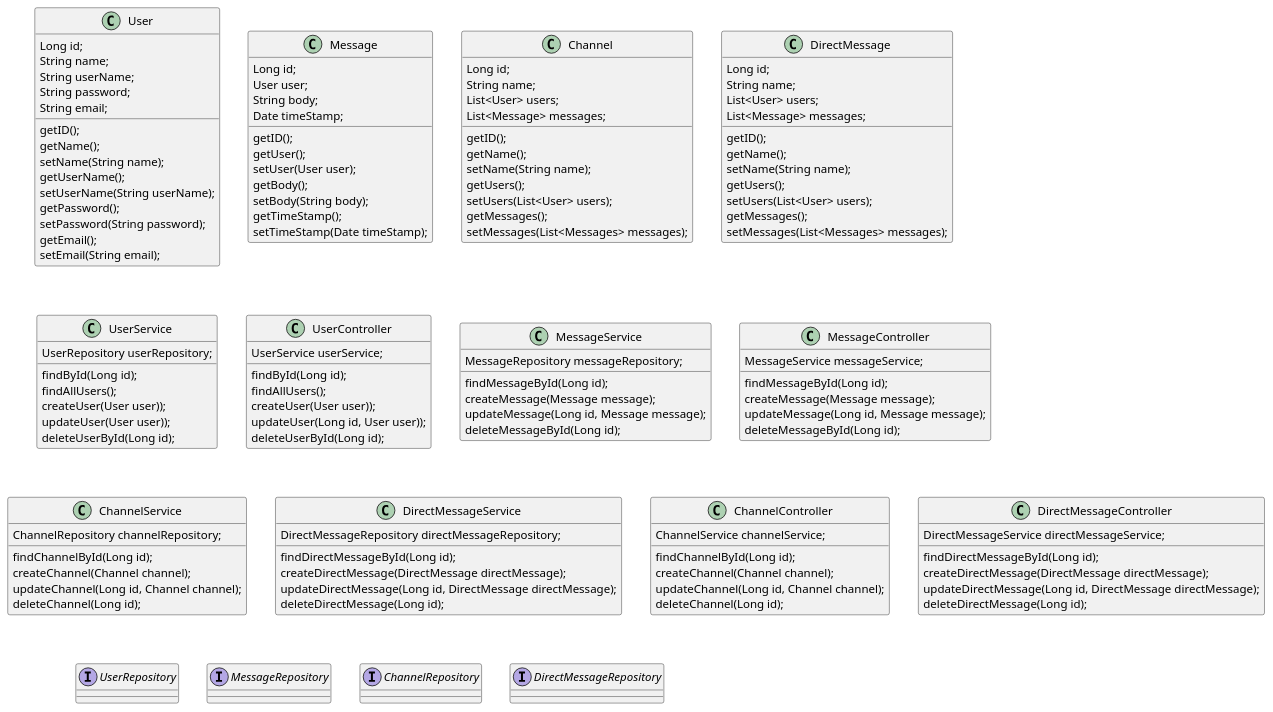
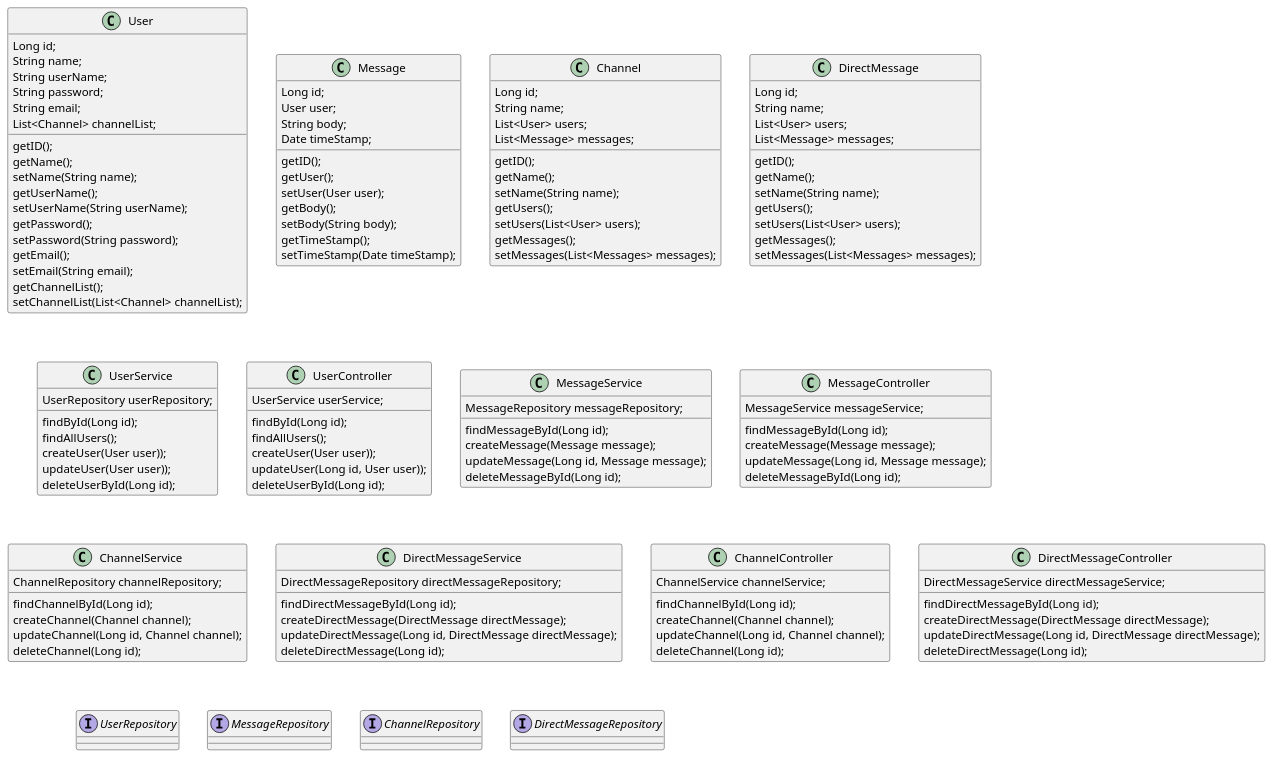
One commit to xyuan04/FullStack.MicroWebApplication-Server changed the diagram in chatBotUML.puml. Above: the diagram before and after it, drawn with PlantUML.

Commit message:
added channelList to User to track channels

```diff
--- a/chatBotUML.puml
+++ b/chatBotUML.puml
@@ -1,143 +1,146 @@
 @startuml
 class User {
 Long id;
 String name;
 String userName;
 String password;
 String email;
+List<Channel> channelList;
 
 getID();
 getName();
 setName(String name);
 getUserName();
 setUserName(String userName);
 getPassword();
 setPassword(String password);
 getEmail();
 setEmail(String email);
+getChannelList();
+setChannelList(List<Channel> channelList);
 }
 
 class Message {
 Long id;
 User user;
 String body;
 Date timeStamp;
 
 getID();
 getUser();
 setUser(User user);
 getBody();
 setBody(String body);
 getTimeStamp();
 setTimeStamp(Date timeStamp);
 }
 
 class Channel {
 Long id;
 String name;
 List<User> users;
 List<Message> messages;
 
 getID();
 getName();
 setName(String name);
 getUsers();
 setUsers(List<User> users);
 getMessages();
 setMessages(List<Messages> messages);
 }
 
 class DirectMessage {
 Long id;
 String name;
 List<User> users;
 List<Message> messages;
 
 getID();
 getName();
 setName(String name);
 getUsers();
 setUsers(List<User> users);
 getMessages();
 setMessages(List<Messages> messages);
 }
 
 class UserService {
 UserRepository userRepository;
 
 findById(Long id);
 findAllUsers();
 createUser(User user));
 updateUser(User user));
 deleteUserById(Long id);
 }
 
 class UserController {
 UserService userService;
 
 findById(Long id);
 findAllUsers();
 createUser(User user));
 updateUser(Long id, User user));
 deleteUserById(Long id);
 }
 
 class MessageService {
 MessageRepository messageRepository;
 
 findMessageById(Long id);
 createMessage(Message message);
 updateMessage(Long id, Message message);
 deleteMessageById(Long id);
 }
 
 class MessageController {
 MessageService messageService;
 
 findMessageById(Long id);
 createMessage(Message message);
 updateMessage(Long id, Message message);
 deleteMessageById(Long id);
 }
 
 class ChannelService {
 ChannelRepository channelRepository;
 
 findChannelById(Long id);
 createChannel(Channel channel);
 updateChannel(Long id, Channel channel);
 deleteChannel(Long id);
 }
 
 class DirectMessageService {
 DirectMessageRepository directMessageRepository;
 
 findDirectMessageById(Long id);
 createDirectMessage(DirectMessage directMessage);
 updateDirectMessage(Long id, DirectMessage directMessage);
 deleteDirectMessage(Long id);
 }
 
 class ChannelController {
 ChannelService channelService;
 
 findChannelById(Long id);
 createChannel(Channel channel);
 updateChannel(Long id, Channel channel);
 deleteChannel(Long id);
 }
 
 class DirectMessageController {
 DirectMessageService directMessageService;
 
 findDirectMessageById(Long id);
 createDirectMessage(DirectMessage directMessage);
 updateDirectMessage(Long id, DirectMessage directMessage);
 deleteDirectMessage(Long id);
 }
 
 interface UserRepository {}
 interface MessageRepository {}
 interface ChannelRepository {}
 interface DirectMessageRepository {}
 @enduml
```
